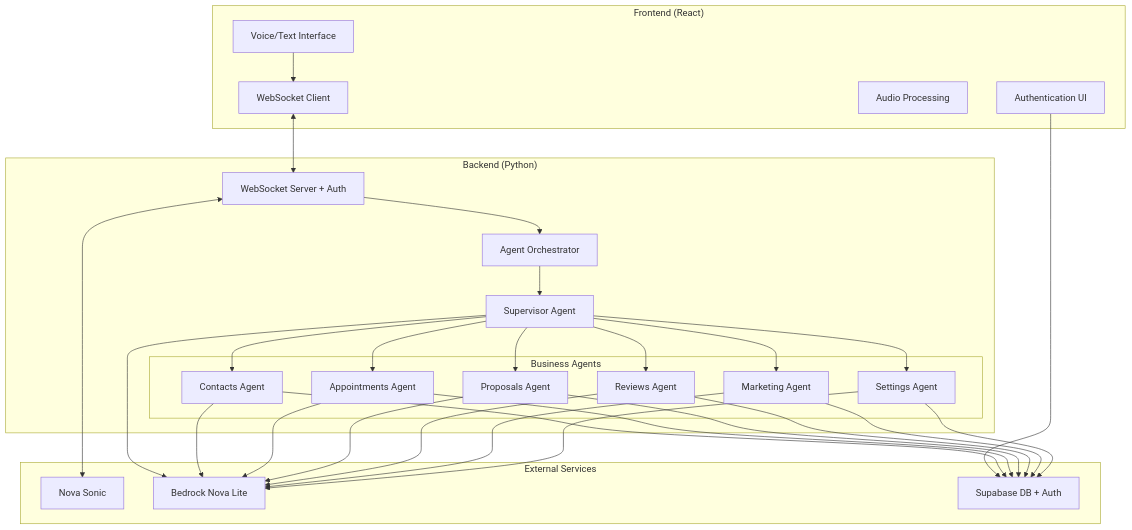
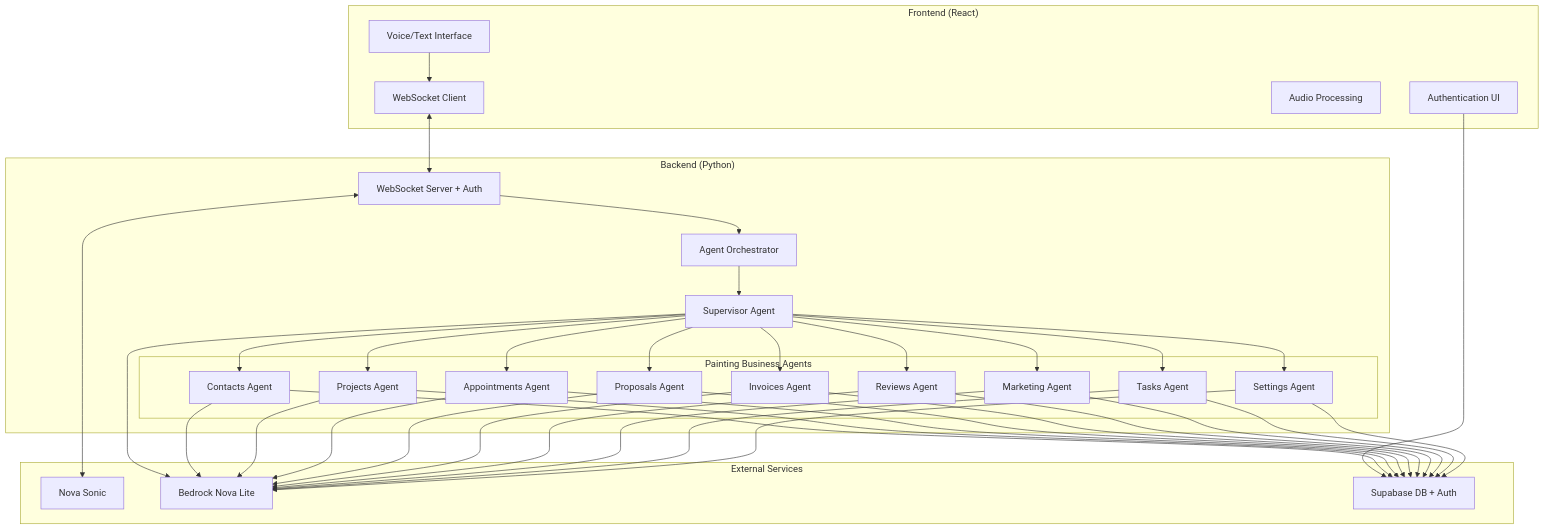
Before and after one commit to ProgrammingPete/sample-aws-strands-nova-voice-assistant: the first of 2 diagrams in .kiro/specs/voice-business-agent-spec/design.md, drawn with Mermaid. The commit also changed other lines of this file and 2 other files, not shown here.

Commit message:
update specs to reference painting

````diff
--- a/.kiro/specs/voice-business-agent-spec/design.md
+++ b/.kiro/specs/voice-business-agent-spec/design.md
@@ -16,58 +18,70 @@
 ```mermaid
 graph TB
     subgraph "Frontend (React)"
         UI[Voice/Text Interface]
         WS_CLIENT[WebSocket Client]
         AUDIO[Audio Processing]
         AUTH_UI[Authentication UI]
     end
     
     subgraph "Backend (Python)"
         WS_SERVER[WebSocket Server + Auth]
         ORCHESTRATOR[Agent Orchestrator]
         SUPERVISOR[Supervisor Agent]
         
-        subgraph "Business Agents"
+        subgraph "Painting Business Agents"
             CONTACTS[Contacts Agent]
+            PROJECTS[Projects Agent]
             APPOINTMENTS[Appointments Agent]
             PROPOSALS[Proposals Agent]
+            INVOICES[Invoices Agent]
             REVIEWS[Reviews Agent]
             MARKETING[Marketing Agent]
+            TASKS[Tasks Agent]
             SETTINGS[Settings Agent]
         end
     end
     
     subgraph "External Services"
         NOVA[Nova Sonic]
         BEDROCK[Bedrock Nova Lite]
         SUPABASE[Supabase DB + Auth]
     end
     
     AUTH_UI --> SUPABASE
     UI --> WS_CLIENT
     WS_CLIENT <--> WS_SERVER
     WS_SERVER --> ORCHESTRATOR
     ORCHESTRATOR --> SUPERVISOR
     SUPERVISOR --> CONTACTS
+    SUPERVISOR --> PROJECTS
     SUPERVISOR --> APPOINTMENTS
     SUPERVISOR --> PROPOSALS
+    SUPERVISOR --> INVOICES
     SUPERVISOR --> REVIEWS
     SUPERVISOR --> MARKETING
+    SUPERVISOR --> TASKS
     SUPERVISOR --> SETTINGS
     
     WS_SERVER <--> NOVA
     SUPERVISOR --> BEDROCK
     CONTACTS --> BEDROCK
+    PROJECTS --> BEDROCK
     APPOINTMENTS --> BEDROCK
     PROPOSALS --> BEDROCK
+    INVOICES --> BEDROCK
     REVIEWS --> BEDROCK
     MARKETING --> BEDROCK
+    TASKS --> BEDROCK
     SETTINGS --> BEDROCK
     
     CONTACTS --> SUPABASE
+    PROJECTS --> SUPABASE
     APPOINTMENTS --> SUPABASE
     PROPOSALS --> SUPABASE
+    INVOICES --> SUPABASE
     REVIEWS --> SUPABASE
     MARKETING --> SUPABASE
+    TASKS --> SUPABASE
     SETTINGS --> SUPABASE
 ```
````
